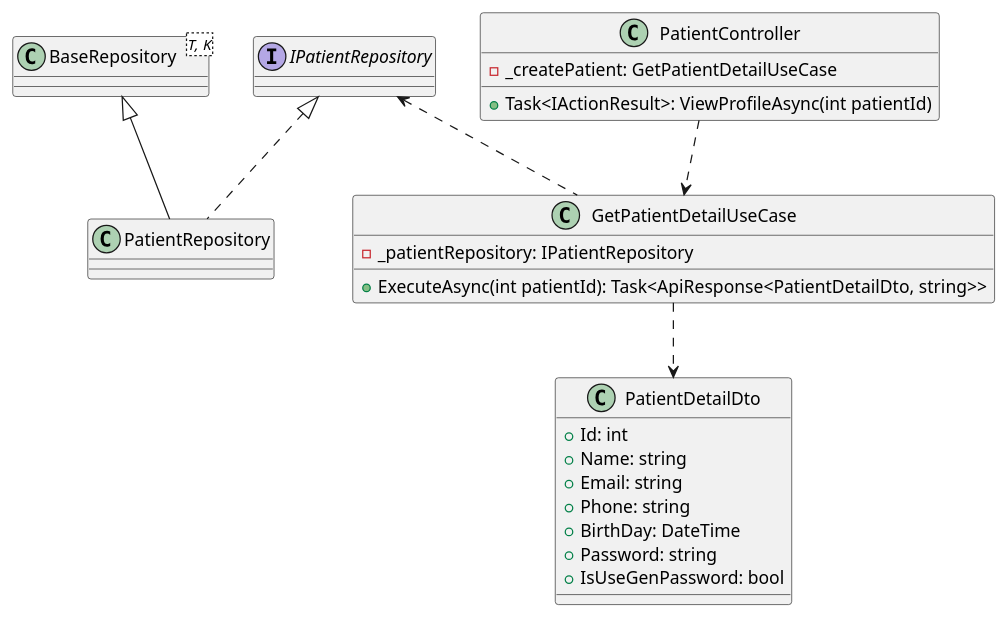
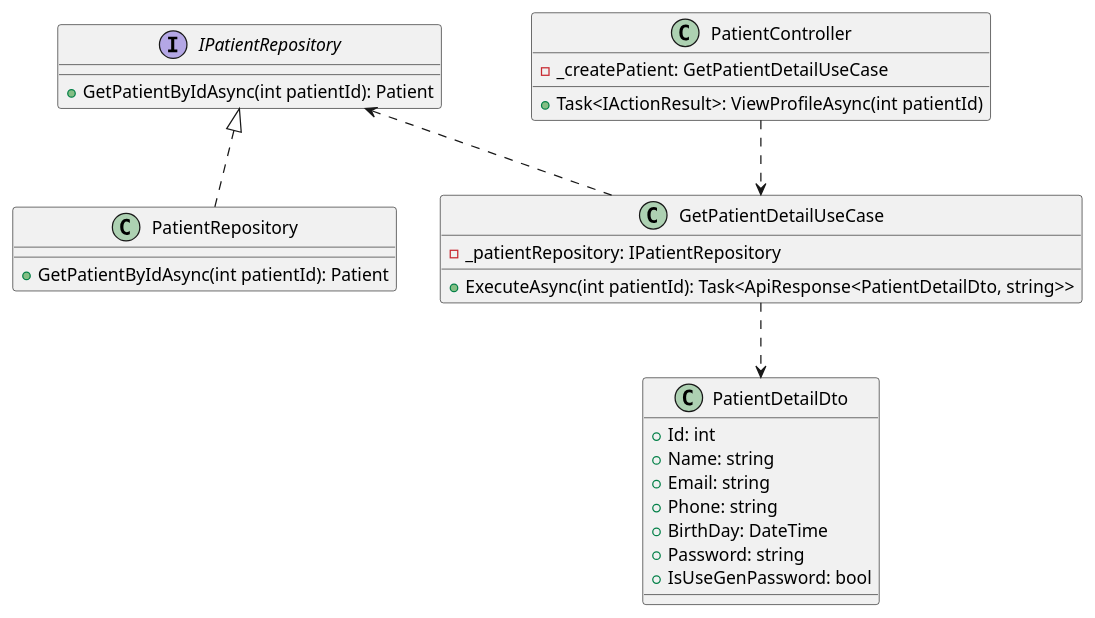
The diagram in ClassDiagram/Patient/GetPatientDetail.puml (jang1902/SEP490_Sequence), drawn with PlantUML before and after one commit. The commit also changed 8 other files, not shown here.

```diff
--- a/ClassDiagram/Patient/GetPatientDetail.puml
+++ b/ClassDiagram/Patient/GetPatientDetail.puml
@@ -1,36 +1,37 @@
 @startuml
-interface IPatientRepository
-
-class BaseRepository<T, K>
+interface IPatientRepository{
++GetPatientByIdAsync(int patientId): Patient
+}
 
 class PatientRepository {
++GetPatientByIdAsync(int patientId): Patient
 }
 
 class GetPatientDetailUseCase {
   - _patientRepository: IPatientRepository
 + ExecuteAsync(int patientId): Task<ApiResponse<PatientDetailDto, string>>
 }
 
 
 class PatientController {
   -  _createPatient: GetPatientDetailUseCase
   +  Task<IActionResult>: ViewProfileAsync(int patientId)
 }
 
 class PatientDetailDto{
 +  Id: int
 +  Name: string
 +  Email: string
 +  Phone: string
 +  BirthDay: DateTime
 +  Password: string
 +  IsUseGenPassword: bool
 }
-BaseRepository <|-- PatientRepository
 IPatientRepository <|.. PatientRepository
 IPatientRepository <.. GetPatientDetailUseCase
 
 PatientController ..> GetPatientDetailUseCase
+
 GetPatientDetailUseCase ..> PatientDetailDto
 
 @enduml
```
